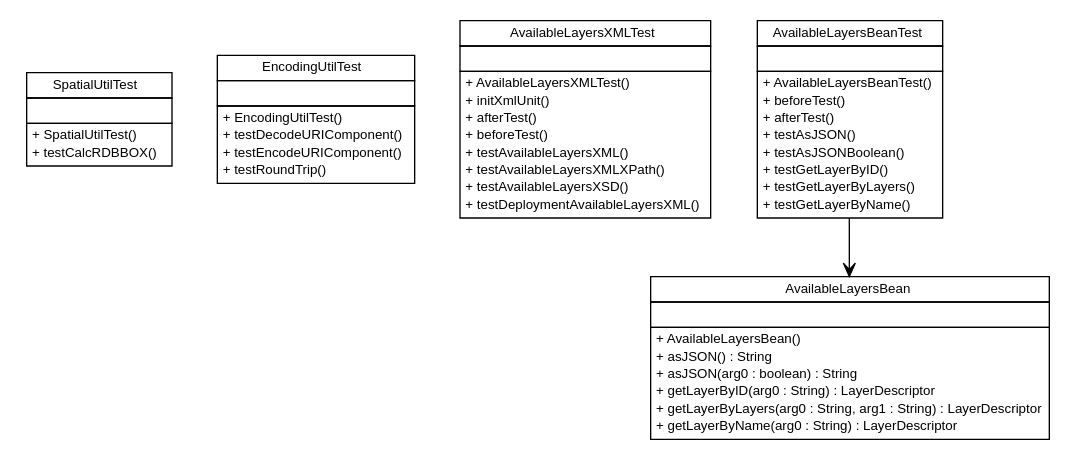
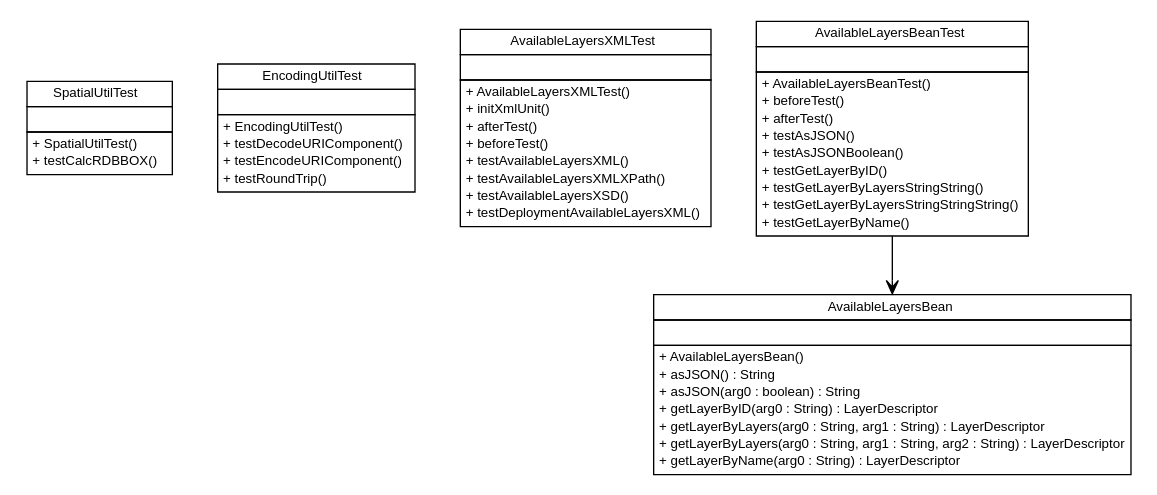
One commit to MinELenI/CBSviewer changed the diagram in testapidocs/nl/mineleni/cbsviewer/util/nl.mineleni.cbsviewer.util.dot. Above: the diagram before and after it, drawn with Graphviz. The commit also changed 373 other files, not shown here.

```diff
--- a/testapidocs/nl/mineleni/cbsviewer/util/nl.mineleni.cbsviewer.util.dot
+++ b/testapidocs/nl/mineleni/cbsviewer/util/nl.mineleni.cbsviewer.util.dot
@@ -1,97 +1,99 @@
 #!/usr/local/bin/dot
 #
 # Class diagram 
 # Generated by UMLGraph version R5_6 (http://www.umlgraph.org/)
 #
 
 digraph G {
 	edge [fontname="arial",fontsize=10,labelfontname="arial",labelfontsize=10];
 	node [fontname="arial",fontsize=10,shape=plaintext];
 	nodesep=0.25;
 	ranksep=0.5;
 	// nl.mineleni.cbsviewer.util.SpatialUtilTest
 	c115 [label=<<table title="nl.mineleni.cbsviewer.util.SpatialUtilTest" border="0" cellborder="1" cellspacing="0" cellpadding="2" port="p" href="./SpatialUtilTest.html">
 		<tr><td><table border="0" cellspacing="0" cellpadding="1">
 <tr><td align="center" balign="center"> SpatialUtilTest </td></tr>
 		</table></td></tr>
 		<tr><td><table border="0" cellspacing="0" cellpadding="1">
 <tr><td align="left" balign="left">  </td></tr>
 		</table></td></tr>
 		<tr><td><table border="0" cellspacing="0" cellpadding="1">
 <tr><td align="left" balign="left"> + SpatialUtilTest() </td></tr>
 <tr><td align="left" balign="left"> + testCalcRDBBOX() </td></tr>
 		</table></td></tr>
 		</table>>, URL="./SpatialUtilTest.html", fontname="arial", fontcolor="black", fontsize=10.0];
 	// nl.mineleni.cbsviewer.util.EncodingUtilTest
 	c116 [label=<<table title="nl.mineleni.cbsviewer.util.EncodingUtilTest" border="0" cellborder="1" cellspacing="0" cellpadding="2" port="p" href="./EncodingUtilTest.html">
 		<tr><td><table border="0" cellspacing="0" cellpadding="1">
 <tr><td align="center" balign="center"> EncodingUtilTest </td></tr>
 		</table></td></tr>
 		<tr><td><table border="0" cellspacing="0" cellpadding="1">
 <tr><td align="left" balign="left">  </td></tr>
 		</table></td></tr>
 		<tr><td><table border="0" cellspacing="0" cellpadding="1">
 <tr><td align="left" balign="left"> + EncodingUtilTest() </td></tr>
 <tr><td align="left" balign="left"> + testDecodeURIComponent() </td></tr>
 <tr><td align="left" balign="left"> + testEncodeURIComponent() </td></tr>
 <tr><td align="left" balign="left"> + testRoundTrip() </td></tr>
 		</table></td></tr>
 		</table>>, URL="./EncodingUtilTest.html", fontname="arial", fontcolor="black", fontsize=10.0];
 	// nl.mineleni.cbsviewer.util.AvailableLayersXMLTest
 	c117 [label=<<table title="nl.mineleni.cbsviewer.util.AvailableLayersXMLTest" border="0" cellborder="1" cellspacing="0" cellpadding="2" port="p" href="./AvailableLayersXMLTest.html">
 		<tr><td><table border="0" cellspacing="0" cellpadding="1">
 <tr><td align="center" balign="center"> AvailableLayersXMLTest </td></tr>
 		</table></td></tr>
 		<tr><td><table border="0" cellspacing="0" cellpadding="1">
 <tr><td align="left" balign="left">  </td></tr>
 		</table></td></tr>
 		<tr><td><table border="0" cellspacing="0" cellpadding="1">
 <tr><td align="left" balign="left"> + AvailableLayersXMLTest() </td></tr>
 <tr><td align="left" balign="left"> + initXmlUnit() </td></tr>
 <tr><td align="left" balign="left"> + afterTest() </td></tr>
 <tr><td align="left" balign="left"> + beforeTest() </td></tr>
 <tr><td align="left" balign="left"> + testAvailableLayersXML() </td></tr>
 <tr><td align="left" balign="left"> + testAvailableLayersXMLXPath() </td></tr>
 <tr><td align="left" balign="left"> + testAvailableLayersXSD() </td></tr>
 <tr><td align="left" balign="left"> + testDeploymentAvailableLayersXML() </td></tr>
 		</table></td></tr>
 		</table>>, URL="./AvailableLayersXMLTest.html", fontname="arial", fontcolor="black", fontsize=10.0];
 	// nl.mineleni.cbsviewer.util.AvailableLayersBeanTest
 	c118 [label=<<table title="nl.mineleni.cbsviewer.util.AvailableLayersBeanTest" border="0" cellborder="1" cellspacing="0" cellpadding="2" port="p" href="./AvailableLayersBeanTest.html">
 		<tr><td><table border="0" cellspacing="0" cellpadding="1">
 <tr><td align="center" balign="center"> AvailableLayersBeanTest </td></tr>
 		</table></td></tr>
 		<tr><td><table border="0" cellspacing="0" cellpadding="1">
 <tr><td align="left" balign="left">  </td></tr>
 		</table></td></tr>
 		<tr><td><table border="0" cellspacing="0" cellpadding="1">
 <tr><td align="left" balign="left"> + AvailableLayersBeanTest() </td></tr>
 <tr><td align="left" balign="left"> + beforeTest() </td></tr>
 <tr><td align="left" balign="left"> + afterTest() </td></tr>
 <tr><td align="left" balign="left"> + testAsJSON() </td></tr>
 <tr><td align="left" balign="left"> + testAsJSONBoolean() </td></tr>
 <tr><td align="left" balign="left"> + testGetLayerByID() </td></tr>
-<tr><td align="left" balign="left"> + testGetLayerByLayers() </td></tr>
+<tr><td align="left" balign="left"> + testGetLayerByLayersStringString() </td></tr>
+<tr><td align="left" balign="left"> + testGetLayerByLayersStringStringString() </td></tr>
 <tr><td align="left" balign="left"> + testGetLayerByName() </td></tr>
 		</table></td></tr>
 		</table>>, URL="./AvailableLayersBeanTest.html", fontname="arial", fontcolor="black", fontsize=10.0];
 	// nl.mineleni.cbsviewer.util.AvailableLayersBeanTest NAVASSOC nl.mineleni.cbsviewer.util.AvailableLayersBean
 	c118:p -> c122:p [taillabel="", label="", headlabel="", fontname="arial", fontcolor="black", fontsize=10.0, color="black", arrowhead=open];
 	// nl.mineleni.cbsviewer.util.AvailableLayersBean
 	c122 [label=<<table title="nl.mineleni.cbsviewer.util.AvailableLayersBean" border="0" cellborder="1" cellspacing="0" cellpadding="2" port="p">
 		<tr><td><table border="0" cellspacing="0" cellpadding="1">
 <tr><td align="center" balign="center"> AvailableLayersBean </td></tr>
 		</table></td></tr>
 		<tr><td><table border="0" cellspacing="0" cellpadding="1">
 <tr><td align="left" balign="left">  </td></tr>
 		</table></td></tr>
 		<tr><td><table border="0" cellspacing="0" cellpadding="1">
 <tr><td align="left" balign="left"> + AvailableLayersBean() </td></tr>
 <tr><td align="left" balign="left"> + asJSON() : String </td></tr>
 <tr><td align="left" balign="left"> + asJSON(arg0 : boolean) : String </td></tr>
 <tr><td align="left" balign="left"> + getLayerByID(arg0 : String) : LayerDescriptor </td></tr>
 <tr><td align="left" balign="left"> + getLayerByLayers(arg0 : String, arg1 : String) : LayerDescriptor </td></tr>
+<tr><td align="left" balign="left"> + getLayerByLayers(arg0 : String, arg1 : String, arg2 : String) : LayerDescriptor </td></tr>
 <tr><td align="left" balign="left"> + getLayerByName(arg0 : String) : LayerDescriptor </td></tr>
 		</table></td></tr>
 		</table>>, URL="null", fontname="arial", fontcolor="black", fontsize=10.0];
 }
```
